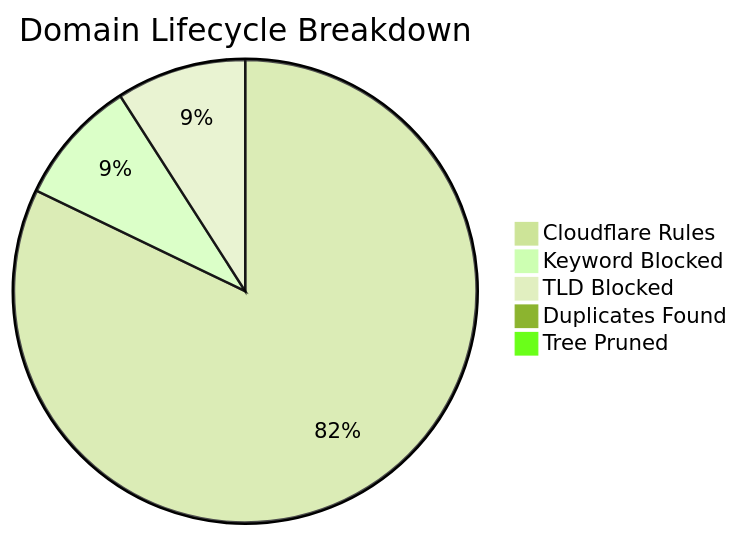
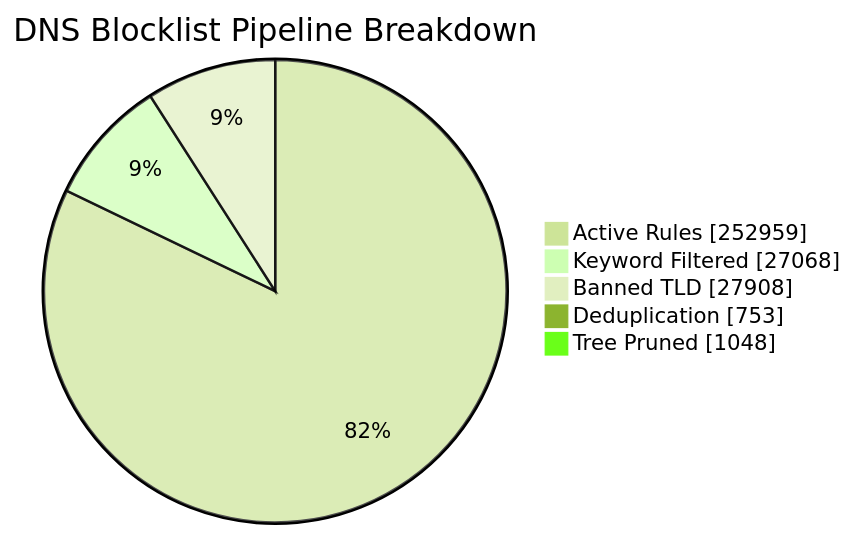
One commit to brojangles24/Cloudflare-ZeroTrust-AdBlock changed the first of 6 diagrams in README_STATS.md. Above: the diagram before and after it, drawn with Mermaid (forest theme). The commit also changed other lines of this file, not shown here.

````diff
--- a/README_STATS.md
+++ b/README_STATS.md
@@ -5,8 +41,8 @@
 ```mermaid
-pie title Domain Lifecycle Breakdown
-    "Cloudflare Rules" : 252959
-    "Keyword Blocked" : 27068
-    "TLD Blocked" : 27908
-    "Duplicates Found" : 753
-    "Tree Pruned" : 1048
+pie showData title DNS Blocklist Pipeline Breakdown
+    "Active Rules"     : 252959
+    "Keyword Filtered" : 27068
+    "Banned TLD"       : 27908
+    "Deduplication"    : 753
+    "Tree Pruned"      : 1048
 ```
````
